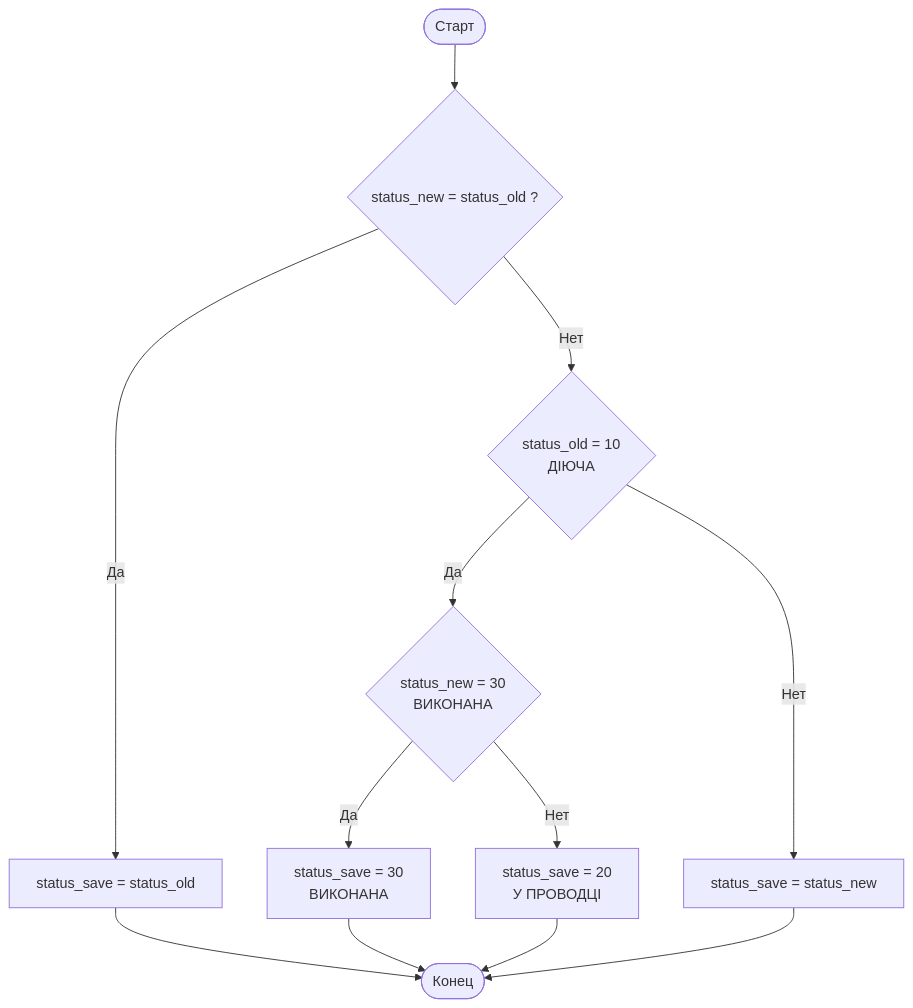
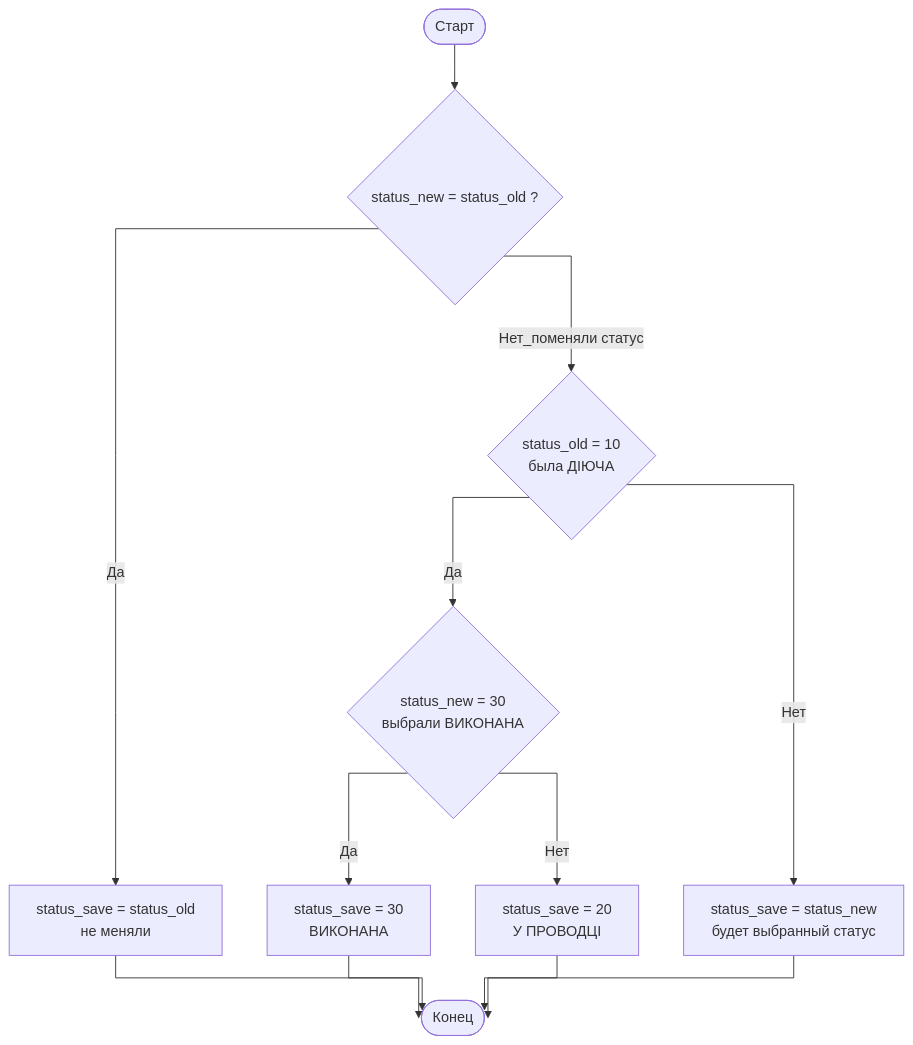
One commit to vvxsoni/Danube_help changed the diagram in docs/ilk_001_main.md. Above: the diagram before and after it, drawn with Mermaid.

Commit message:
режим маршрутизации линий orthogonal и указать, чтобы стрелки выходили из углов 'curve': 'stepAfter' — линии будут идти прямыми углами (ортогонально).

````diff
--- a/docs/ilk_001_main.md
+++ b/docs/ilk_001_main.md
@@ -75,10 +75,11 @@
 ```mermaid 
+%%{init: {'flowchart': {'htmlLabels': true, 'curve': 'stepAfter'}}}%%
 flowchart TB
   A([Старт]) --> B{status_new = status_old ?}
-  B -- Да --> C[status_save = status_old] --> Z([Конец])
-  B -- Нет --> D{status_old = 10<br/>ДІЮЧА}
-  D -- Да --> E{status_new = 30<br/>ВИКОНАНА}
+  B -- Да --> C[status_save = status_old<br/>не меняли] --> Z([Конец])
+  B -- Нет_поменяли статус --> D{status_old = 10<br/>была ДІЮЧА}
+  D -- Да --> E{status_new = 30<br/>выбрали ВИКОНАНА}
   E -- Да --> F[status_save = 30<br/>ВИКОНАНА] --> Z
   E -- Нет --> G[status_save = 20<br/>У ПРОВОДЦІ] --> Z
-  D -- Нет --> H[status_save = status_new] --> Z
+  D -- Нет --> H[status_save = status_new<br/>будет выбранный статус] --> Z
 ```
````
